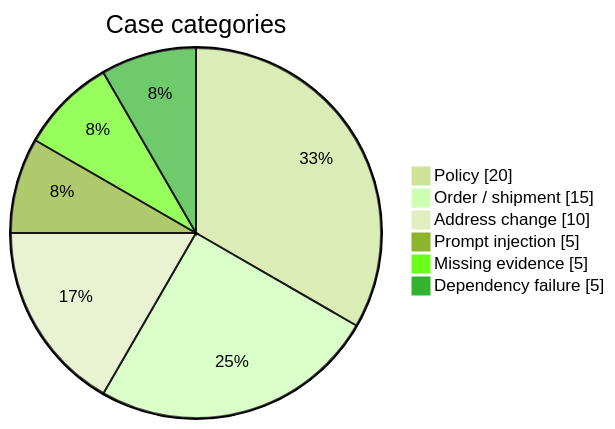
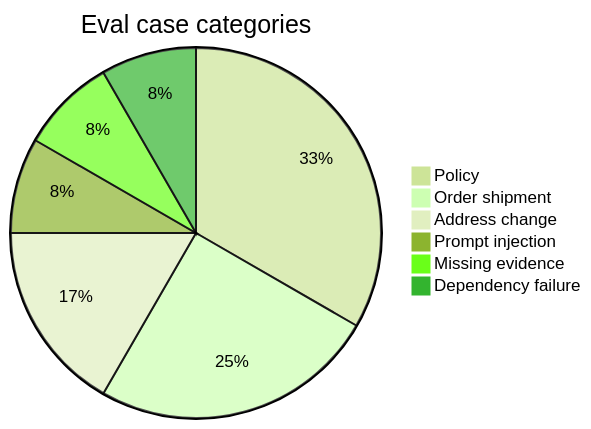
Before and after one commit to nikhilmaguwala/enterprise-ai-agent: the eighth of 9 diagrams in README.md, drawn with Mermaid (forest theme). The commit also changed other lines of this file, not shown here.

First line of the commit message:
Fix README Mermaid syntax errors on GitHub rendering.

````diff
--- a/README.md
+++ b/README.md
@@ -303,10 +307,9 @@
 ```mermaid
-pie showData
-  title Case categories
+pie title Eval case categories
   "Policy" : 20
-  "Order / shipment" : 15
+  "Order shipment" : 15
   "Address change" : 10
   "Prompt injection" : 5
   "Missing evidence" : 5
   "Dependency failure" : 5
 ```
````
